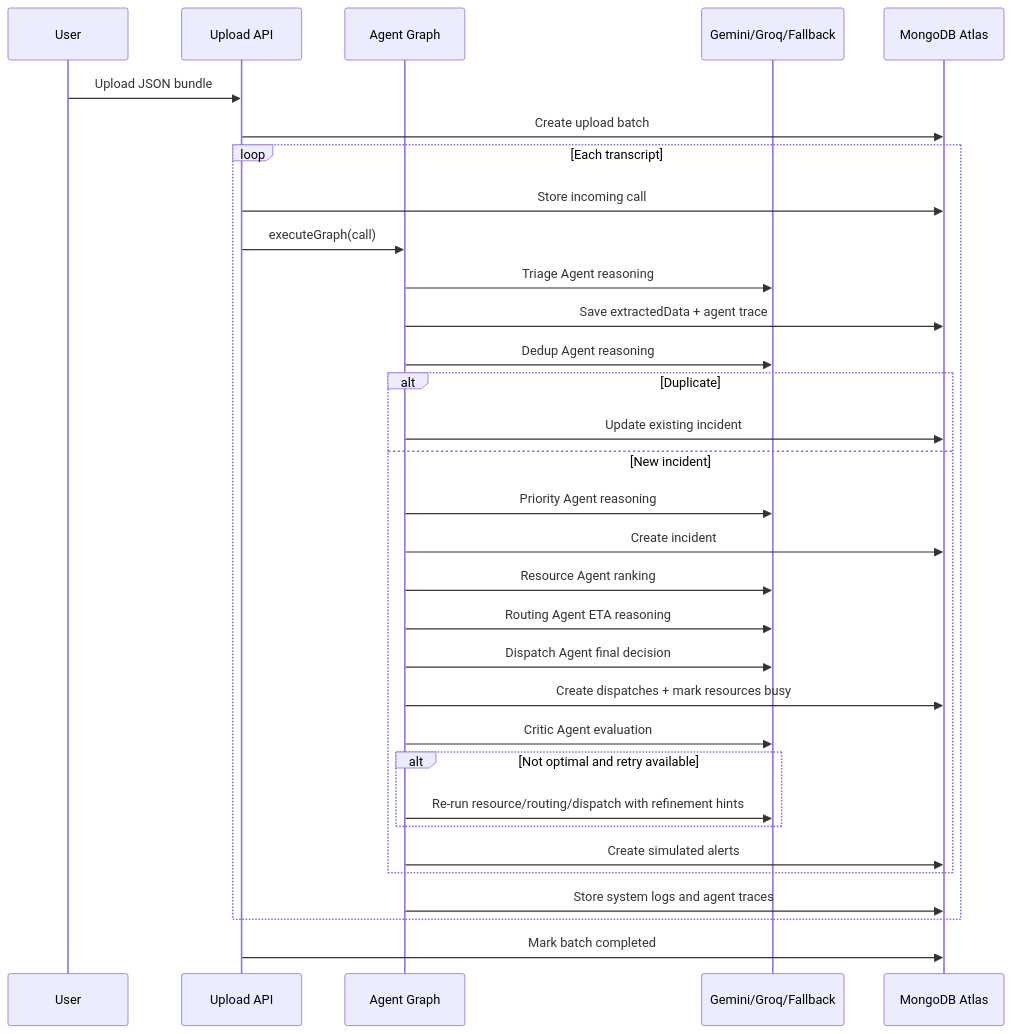
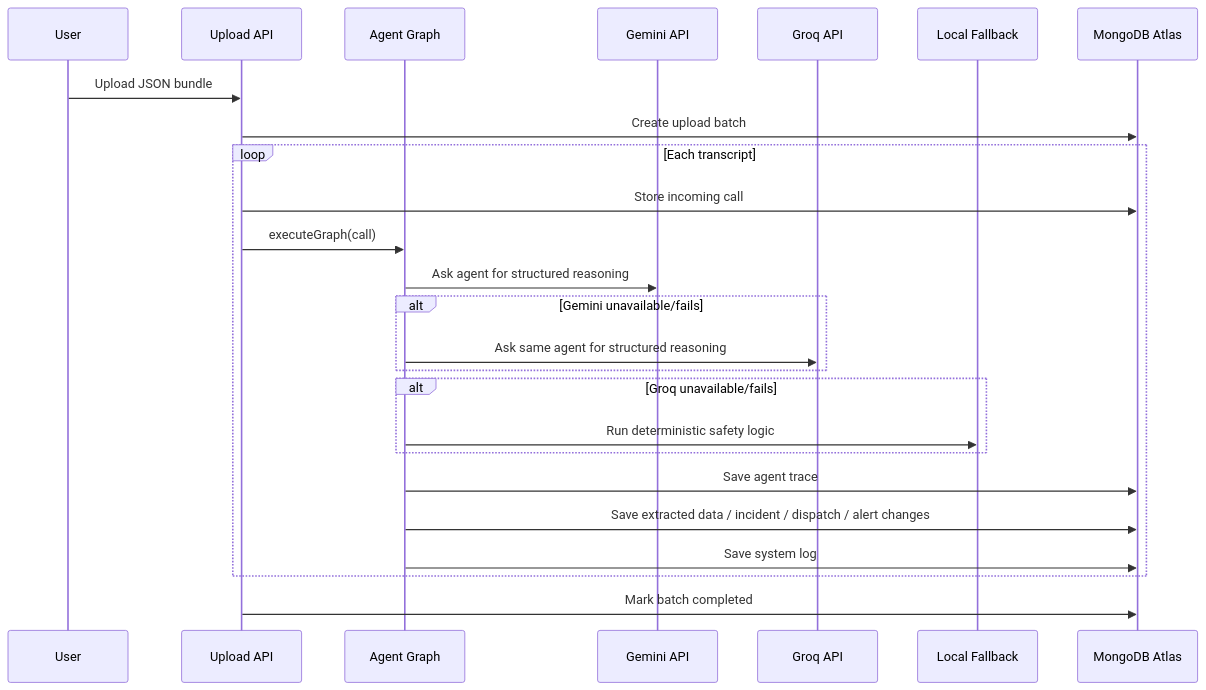
Before and after one commit to Jag2007/CrisisWeave: the second of 3 diagrams in docs/SYSTEM_ARCHITECTURE.md, drawn with Mermaid. The commit also changed other lines of this file and 3 other files, not shown here.

````diff
--- a/docs/SYSTEM_ARCHITECTURE.md
+++ b/docs/SYSTEM_ARCHITECTURE.md
@@ -53,35 +54,28 @@
 ```mermaid
 sequenceDiagram
   participant U as User
   participant API as Upload API
   participant G as Agent Graph
-  participant L as Gemini/Groq/Fallback
+  participant Gemini as Gemini API
+  participant Groq as Groq API
+  participant Fallback as Local Fallback
   participant DB as MongoDB Atlas
 
   U->>API: Upload JSON bundle
   API->>DB: Create upload batch
   loop Each transcript
     API->>DB: Store incoming call
     API->>G: executeGraph(call)
-    G->>L: Triage Agent reasoning
-    G->>DB: Save extractedData + agent trace
-    G->>L: Dedup Agent reasoning
-    alt Duplicate
-      G->>DB: Update existing incident
-    else New incident
-      G->>L: Priority Agent reasoning
-      G->>DB: Create incident
-      G->>L: Resource Agent ranking
-      G->>L: Routing Agent ETA reasoning
-      G->>L: Dispatch Agent final decision
-      G->>DB: Create dispatches + mark resources busy
-      G->>L: Critic Agent evaluation
-      alt Not optimal and retry available
-        G->>L: Re-run resource/routing/dispatch with refinement hints
-      end
-      G->>DB: Create simulated alerts
+    G->>Gemini: Ask agent for structured reasoning
+    alt Gemini unavailable/fails
+      G->>Groq: Ask same agent for structured reasoning
     end
-    G->>DB: Store system logs and agent traces
+    alt Groq unavailable/fails
+      G->>Fallback: Run deterministic safety logic
+    end
+    G->>DB: Save agent trace
+    G->>DB: Save extracted data / incident / dispatch / alert changes
+    G->>DB: Save system log
   end
   API->>DB: Mark batch completed
 ```
````
